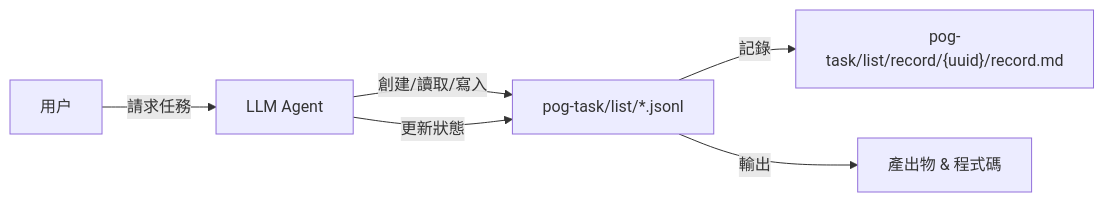
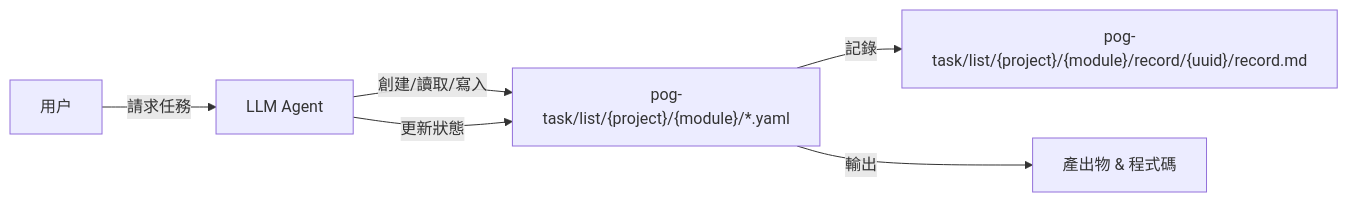
One commit to enjtorian/pog-task changed the first of 2 diagrams in docs/zh-tw/index.md. Above: the diagram before and after it, drawn with Mermaid. The commit also changed other lines of this file and 87 other files, not shown here.

````diff
--- a/docs/zh-tw/index.md
+++ b/docs/zh-tw/index.md
@@ -89,8 +89,8 @@
 ```mermaid
 flowchart LR
     U[用户] -->|請求任務| A[LLM Agent]
-    A -->|創建/讀取/寫入| TL[pog-task/list/*.jsonl]
-    TL -->|記錄| R["pog-task/list/record/{uuid}/record.md"]
+    A -->|創建/讀取/寫入| TL["pog-task/list/{project}/{module}/*.yaml"]
+    TL -->|記錄| R["pog-task/list/{project}/{module}/record/{uuid}/record.md"]
     A -->|更新狀態| TL
     TL -->|輸出| O[產出物 & 程式碼]
 ```
````
